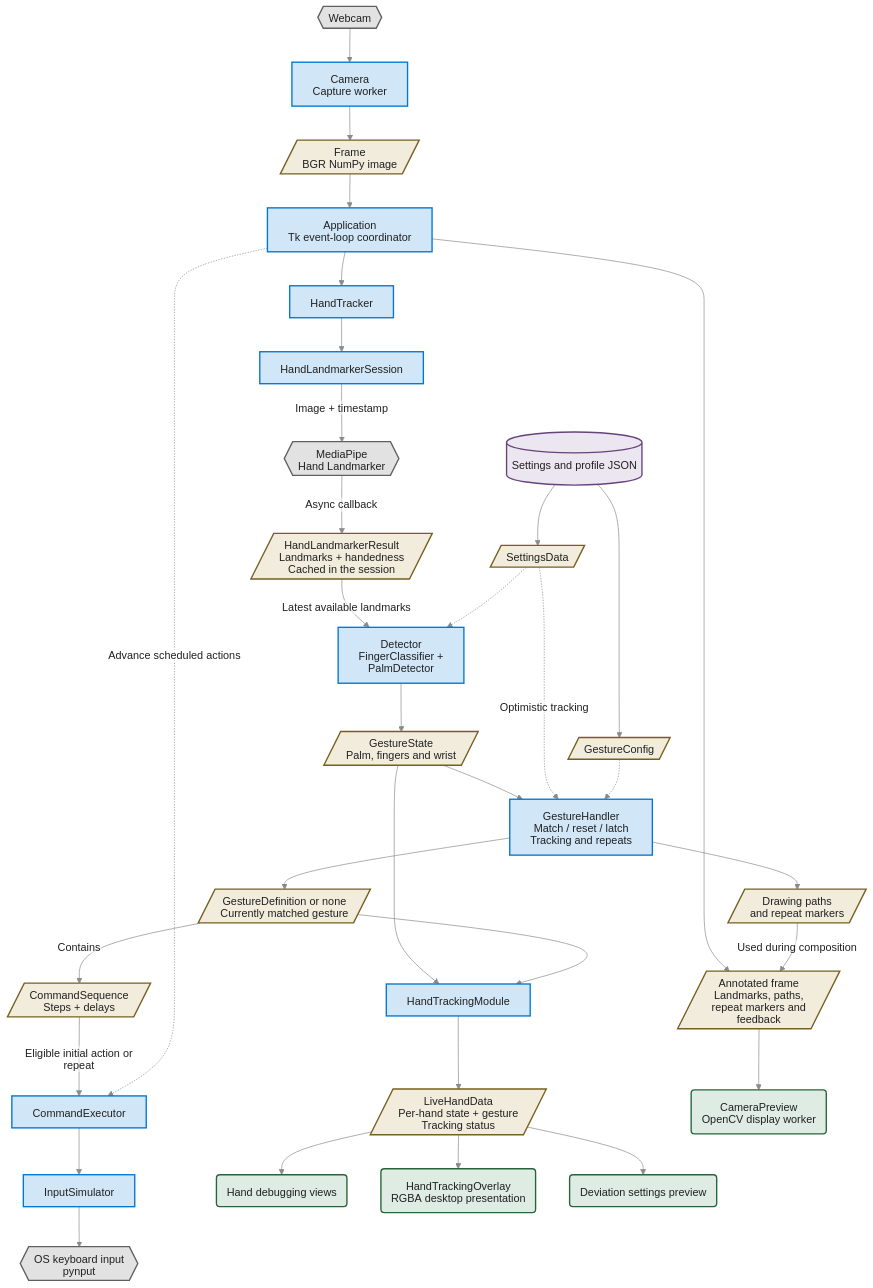
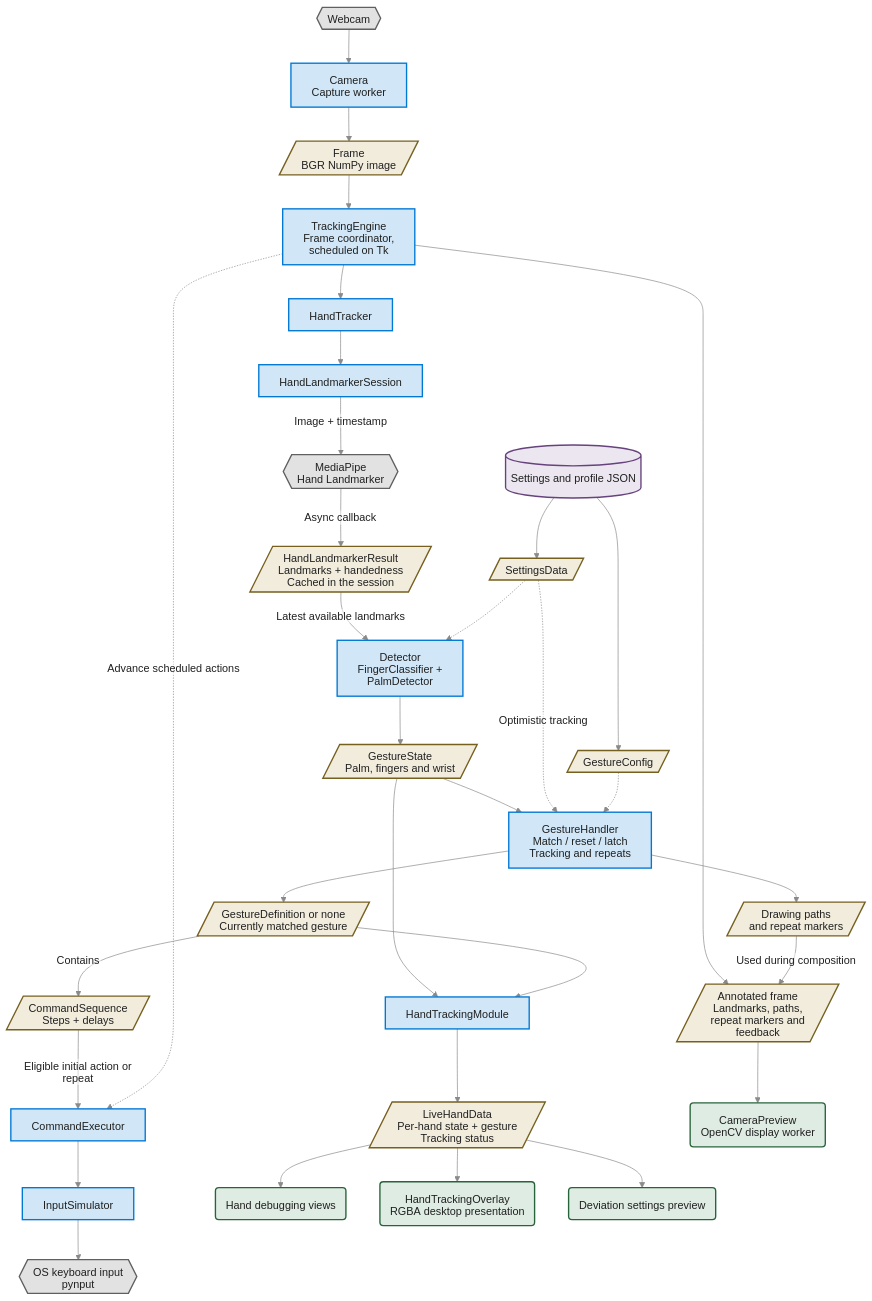
Before and after one commit to MarkJuliusAbraham/ComputerVisionBasics: the third of 3 diagrams in hand-tracking/docs/functionality_diagrams.md, drawn with Mermaid. The commit also changed other lines of this file and 294 other files, not shown here.

````diff
--- a/hand-tracking/docs/functionality_diagrams.md
+++ b/hand-tracking/docs/functionality_diagrams.md
@@ -88,45 +88,45 @@
 ```mermaid
 %%{init: {"theme": "base", "htmlLabels": false, "flowchart": {"htmlLabels": false}, "themeCSS": ".edgeLabel rect, .labelBkg { fill: #ffffff !important; opacity: 1 !important; }", "themeVariables": {"primaryTextColor": "#202020", "textColor": "#202020", "lineColor": "#8a8a8a", "edgeLabelBackground": "#ffffff", "clusterBkg": "#f7f7f7", "clusterBorder": "#808080", "titleColor": "#202020", "background": "#ffffff"}}}%%
 flowchart TD
     Webcam{{"Webcam"}}:::external --> Camera["Camera<br/>Capture worker"]:::component
     Camera --> Frame[/"Frame<br/>BGR NumPy image"/]:::data
-    Frame --> App["Application<br/>Tk event-loop coordinator"]:::component
+    Frame --> App["TrackingEngine<br/>Frame coordinator, scheduled on Tk"]:::component
     App --> Tracker["HandTracker"]:::component
     Tracker --> Session["HandLandmarkerSession"]:::component
     Session -->|"Image + timestamp"| MP{{"MediaPipe<br/>Hand Landmarker"}}:::external
     MP -->|"Async callback"| Result[/"HandLandmarkerResult<br/>Landmarks + handedness<br/>Cached in the session"/]:::data
     Result -->|"Latest available landmarks"| Detector["Detector<br/>FingerClassifier + PalmDetector"]:::component
     Detector --> State[/"GestureState<br/>Palm, fingers and wrist"/]:::data
 
     State --> Handler["GestureHandler<br/>Match / reset / latch<br/>Tracking and repeats"]:::component
     Handler --> Definition[/"GestureDefinition or none<br/>Currently matched gesture"/]:::data
     Definition -->|"Contains"| Sequence[/"CommandSequence<br/>Steps + delays"/]:::data
     Sequence -->|"Eligible initial action or repeat"| Executor["CommandExecutor"]:::component
     Executor --> Simulator["InputSimulator"]:::component
     Simulator --> OS{{"OS keyboard input<br/>pynput"}}:::external
     App -. "Advance scheduled actions" .-> Executor
 
     State --> Module["HandTrackingModule"]:::component
     Definition --> Module
     Module --> Report[/"LiveHandData<br/>Per-hand state + gesture<br/>Tracking status"/]:::data
     Report --> Debug("Hand debugging views"):::view
     Report --> Overlay("HandTrackingOverlay<br/>RGBA desktop presentation"):::view
     Report --> SettingsPreview("Deviation settings preview"):::view
 
     App --> DisplayFrame[/"Annotated frame<br/>Landmarks, paths,<br/>repeat markers and feedback"/]:::data
     DisplayFrame --> Video("CameraPreview<br/>OpenCV display worker"):::view
     Handler --> Paths[/"Drawing paths<br/>and repeat markers"/]:::data
     Paths -->|"Used during composition"| DisplayFrame
 
     ConfigFiles[("Settings and profile JSON")]:::config --> SettingsData[/"SettingsData"/]:::data
     ConfigFiles --> GestureConfig[/"GestureConfig"/]:::data
     SettingsData -.-> Detector
     SettingsData -. "Optimistic tracking" .-> Handler
     GestureConfig -.-> Handler
 
     classDef component fill:#d1e7f7,stroke:#0078d4,color:#202020,stroke-width:2px;
     classDef data fill:#f1ecdc,stroke:#76601f,color:#202020,stroke-width:2px;
     classDef view fill:#dfece3,stroke:#28643a,color:#202020,stroke-width:2px;
     classDef config fill:#ece6f0,stroke:#67437d,color:#202020,stroke-width:2px;
     classDef external fill:#e2e2e2,stroke:#606060,color:#202020,stroke-width:2px;
 ```
````
